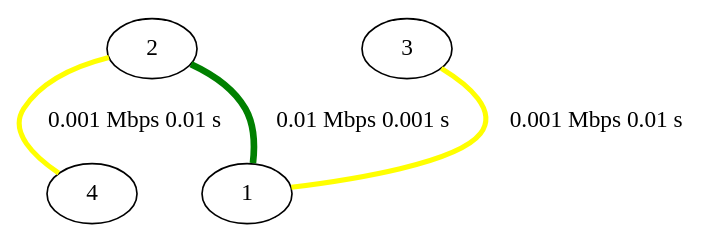
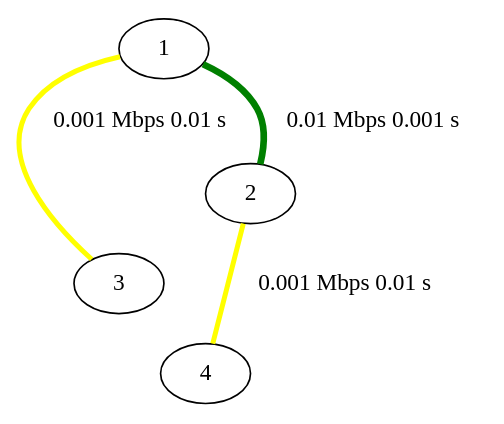
Before and after one commit to nonononoka/ntSimulator: the diagram in network.gv, drawn with Graphviz. The commit also changed other lines of this file and 3 other files, not shown here.

```diff
--- a/network.gv
+++ b/network.gv
@@ -1,30 +1,30 @@
 strict graph {
 
+
+	"1" [  weight=0 ];
+
+	"1" -- "3" [ color="yellow", label="0.001 Mbps 0.01 s
+", penwidth="3.00",  weight=0 ];
+
+	"1" -- "2" [ color="green", label="0.01 Mbps 0.001 s
+", penwidth="4.00",  weight=0 ];
 
 	"2" [  weight=0 ];
 
 	"2" -- "1" [ color="green", label="0.01 Mbps 0.001 s
 ", penwidth="4.00",  weight=0 ];
 
 	"2" -- "4" [ color="yellow", label="0.001 Mbps 0.01 s
 ", penwidth="3.00",  weight=0 ];
 
 	"3" [  weight=0 ];
 
 	"3" -- "1" [ color="yellow", label="0.001 Mbps 0.01 s
 ", penwidth="3.00",  weight=0 ];
 
 	"4" [  weight=0 ];
 
 	"4" -- "2" [ color="yellow", label="0.001 Mbps 0.01 s
 ", penwidth="3.00",  weight=0 ];
 
-	"1" [  weight=0 ];
-
-	"1" -- "2" [ color="green", label="0.01 Mbps 0.001 s
-", penwidth="4.00",  weight=0 ];
-
-	"1" -- "3" [ color="yellow", label="0.001 Mbps 0.01 s
-", penwidth="3.00",  weight=0 ];
-
 }
```
